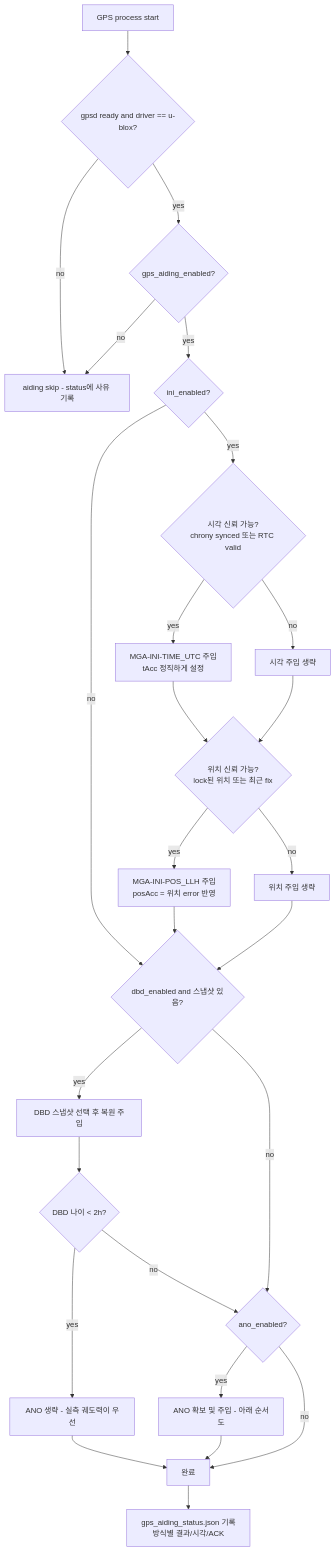
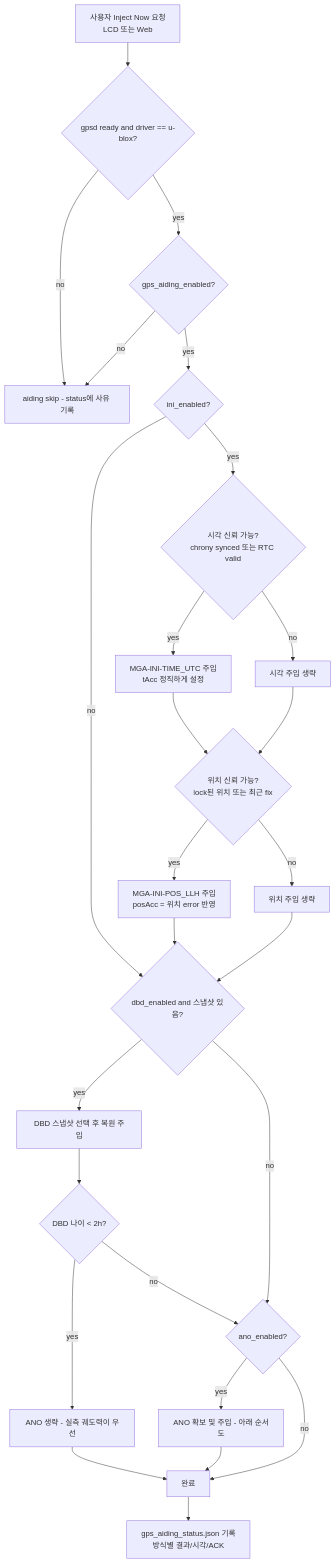
One commit to hjoungjoo/MF_PiFinder changed the first of 5 diagrams in docs/mf_gps_aiding_plan_ko.md. Above: the diagram before and after it, drawn with Mermaid. The commit also changed other lines of this file and 1 other file, not shown here.

First line of the commit message:
docs: GPS aiding injects only on user request, not at boot

````diff
--- a/docs/mf_gps_aiding_plan_ko.md
+++ b/docs/mf_gps_aiding_plan_ko.md
@@ -97,28 +105,28 @@
 ```mermaid
 flowchart TD
-    A[GPS process start] --> B{gpsd ready and driver == u-blox?}
+    A[사용자 Inject Now 요청<br/>LCD 또는 Web] --> B{gpsd ready and driver == u-blox?}
     B -->|no| Z1[aiding skip - status에 사유 기록]
     B -->|yes| C{gps_aiding_enabled?}
     C -->|no| Z1
     C -->|yes| C2{ini_enabled?}
     C2 -->|no| J
     C2 -->|yes| D{시각 신뢰 가능?<br/>chrony synced 또는 RTC valid}
     D -->|yes| E[MGA-INI-TIME_UTC 주입<br/>tAcc 정직하게 설정]
     D -->|no| F[시각 주입 생략]
     E --> G{위치 신뢰 가능?<br/>lock된 위치 또는 최근 fix}
     F --> G
     G -->|yes| H[MGA-INI-POS_LLH 주입<br/>posAcc = 위치 error 반영]
     G -->|no| I[위치 주입 생략]
     H --> J{dbd_enabled and 스냅샷 있음?}
     I --> J
     J -->|yes| K[DBD 스냅샷 선택 후 복원 주입]
     J -->|no| L{ano_enabled?}
     K --> M{DBD 나이 < 2h?}
     M -->|yes| N[ANO 생략 - 실측 궤도력이 우선]
     M -->|no| L
     L -->|yes| O[ANO 확보 및 주입 - 아래 순서도]
     L -->|no| P[완료]
     N --> P
     O --> P
     P --> Q[gps_aiding_status.json 기록<br/>방식별 결과/시각/ACK]
 ```
````
